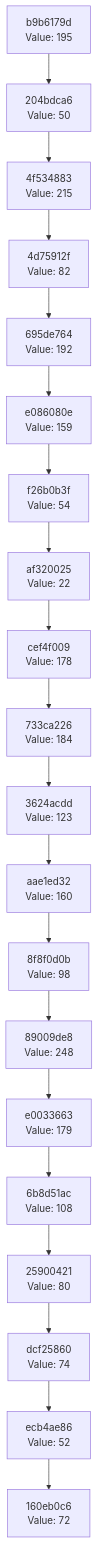
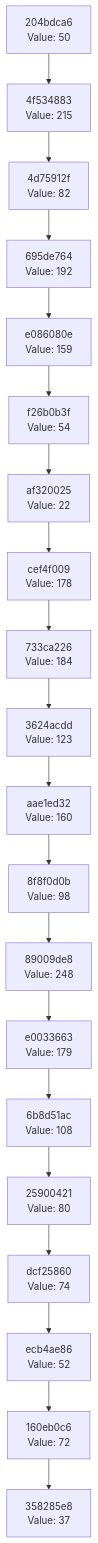
The diagram in docs/CHAIN_VISUALIZATION.md (Abhisheksinha1506/hash-chain-evolver), drawn with Mermaid before and after one commit. The commit also changed 2 other files, not shown here.

Commit message:
Evolution step: hash 0x25 → action executed

````diff
--- a/docs/CHAIN_VISUALIZATION.md
+++ b/docs/CHAIN_VISUALIZATION.md
@@ -3,42 +3,42 @@
 ```mermaid
 graph TD
-    C0["160eb0c6<br/>Value: 72"]
-    C1["ecb4ae86<br/>Value: 52"]
+    C0["358285e8<br/>Value: 37"]
+    C1["160eb0c6<br/>Value: 72"]
     C1 --> C0
-    C2["dcf25860<br/>Value: 74"]
+    C2["ecb4ae86<br/>Value: 52"]
     C2 --> C1
-    C3["25900421<br/>Value: 80"]
+    C3["dcf25860<br/>Value: 74"]
     C3 --> C2
-    C4["6b8d51ac<br/>Value: 108"]
+    C4["25900421<br/>Value: 80"]
     C4 --> C3
-    C5["e0033663<br/>Value: 179"]
+    C5["6b8d51ac<br/>Value: 108"]
     C5 --> C4
-    C6["89009de8<br/>Value: 248"]
+    C6["e0033663<br/>Value: 179"]
     C6 --> C5
-    C7["8f8f0d0b<br/>Value: 98"]
+    C7["89009de8<br/>Value: 248"]
     C7 --> C6
-    C8["aae1ed32<br/>Value: 160"]
+    C8["8f8f0d0b<br/>Value: 98"]
     C8 --> C7
-    C9["3624acdd<br/>Value: 123"]
+    C9["aae1ed32<br/>Value: 160"]
     C9 --> C8
-    C10["733ca226<br/>Value: 184"]
+    C10["3624acdd<br/>Value: 123"]
     C10 --> C9
-    C11["cef4f009<br/>Value: 178"]
+    C11["733ca226<br/>Value: 184"]
     C11 --> C10
-    C12["af320025<br/>Value: 22"]
+    C12["cef4f009<br/>Value: 178"]
     C12 --> C11
-    C13["f26b0b3f<br/>Value: 54"]
+    C13["af320025<br/>Value: 22"]
     C13 --> C12
-    C14["e086080e<br/>Value: 159"]
+    C14["f26b0b3f<br/>Value: 54"]
     C14 --> C13
-    C15["695de764<br/>Value: 192"]
+    C15["e086080e<br/>Value: 159"]
     C15 --> C14
-    C16["4d75912f<br/>Value: 82"]
+    C16["695de764<br/>Value: 192"]
     C16 --> C15
-    C17["4f534883<br/>Value: 215"]
+    C17["4d75912f<br/>Value: 82"]
     C17 --> C16
-    C18["204bdca6<br/>Value: 50"]
+    C18["4f534883<br/>Value: 215"]
     C18 --> C17
-    C19["b9b6179d<br/>Value: 195"]
+    C19["204bdca6<br/>Value: 50"]
     C19 --> C18
 ```
````
